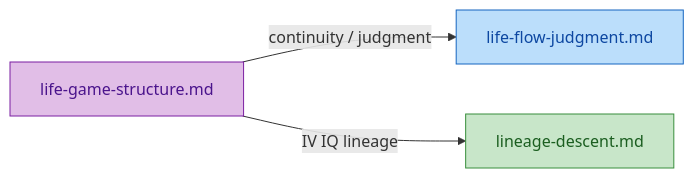
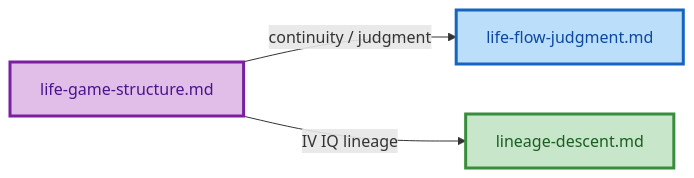
The third of 3 diagrams in life-theories/life-game-structure.md (gardusig/notes), drawn with Mermaid before and after one commit. The commit also changed other lines of this file, not shown here.

````diff
--- a/life-theories/life-game-structure.md
+++ b/life-theories/life-game-structure.md
@@ -142,12 +166,12 @@
 ```mermaid
 flowchart LR
   gameStruct["life-game-structure.md"]
   lifeFlow["life-flow-judgment.md"]
   lineageDoc["lineage-descent.md"]
   gameStruct -->|"continuity / judgment"| lifeFlow
   gameStruct -->|"IV IQ lineage"| lineageDoc
 
-  style gameStruct fill:#e1bee7,stroke:#7b1fa2,color:#4a148c
-  style lifeFlow fill:#bbdefb,stroke:#1565c0,color:#0d47a1
-  style lineageDoc fill:#c8e6c9,stroke:#388e3c,color:#1b5e20
+  style gameStruct fill:#e1bee7,stroke:#7b1fa2,color:#4a148c,stroke-width:3px
+  style lifeFlow fill:#bbdefb,stroke:#1565c0,color:#0d47a1,stroke-width:3px
+  style lineageDoc fill:#c8e6c9,stroke:#388e3c,color:#1b5e20,stroke-width:3px
 ```
````
